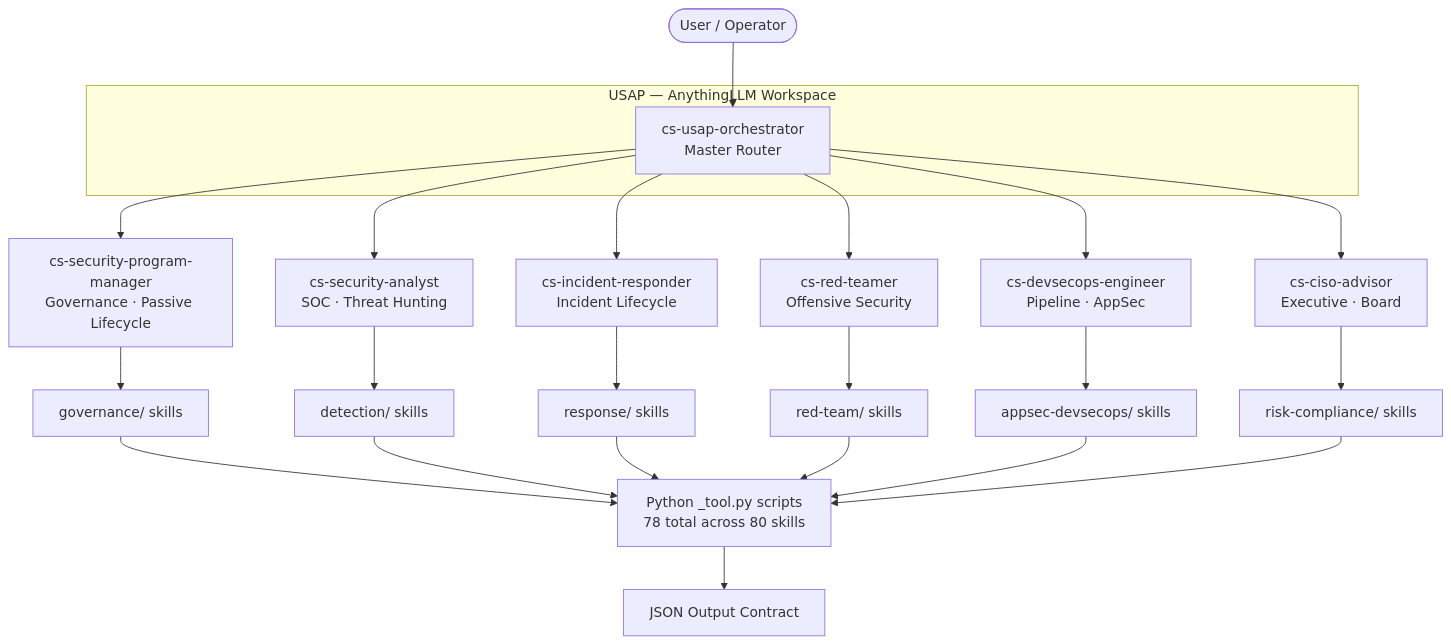
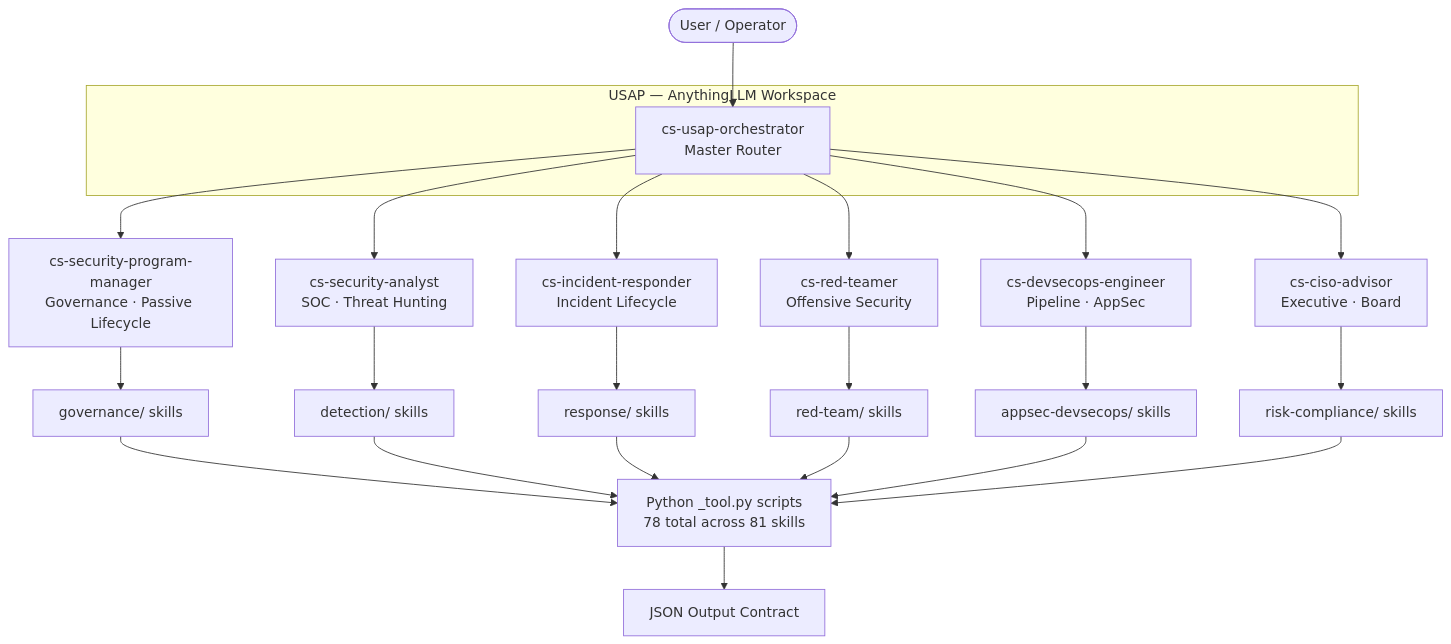
Before and after one commit to jaskaranhundal/usap-skills: the first of 12 diagrams in docs/TECHNICAL_REFERENCE.md, drawn with Mermaid. The commit also changed other lines of this file and 30 other files, not shown here.

````diff
--- a/docs/TECHNICAL_REFERENCE.md
+++ b/docs/TECHNICAL_REFERENCE.md
@@ -44,25 +44,25 @@
 ```mermaid
 graph TB
     User([User / Operator]) --> ORCH
 
     subgraph USAP["USAP — AnythingLLM Workspace"]
         ORCH[cs-usap-orchestrator<br/>Master Router]
     end
 
     ORCH --> PM[cs-security-program-manager<br/>Governance · Passive Lifecycle]
     ORCH --> SA[cs-security-analyst<br/>SOC · Threat Hunting]
     ORCH --> IR[cs-incident-responder<br/>Incident Lifecycle]
     ORCH --> RT[cs-red-teamer<br/>Offensive Security]
     ORCH --> DE[cs-devsecops-engineer<br/>Pipeline · AppSec]
     ORCH --> CA[cs-ciso-advisor<br/>Executive · Board]
 
     PM --> G[governance/ skills]
     SA --> D[detection/ skills]
     IR --> R[response/ skills]
     RT --> T[red-team/ skills]
     DE --> A[appsec-devsecops/ skills]
     CA --> RC[risk-compliance/ skills]
 
-    G & D & R & T & A & RC --> TOOLS[Python _tool.py scripts<br/>78 total across 80 skills]
+    G & D & R & T & A & RC --> TOOLS[Python _tool.py scripts<br/>78 total across 81 skills]
     TOOLS --> OUTPUT[JSON Output Contract]
 ```
````
